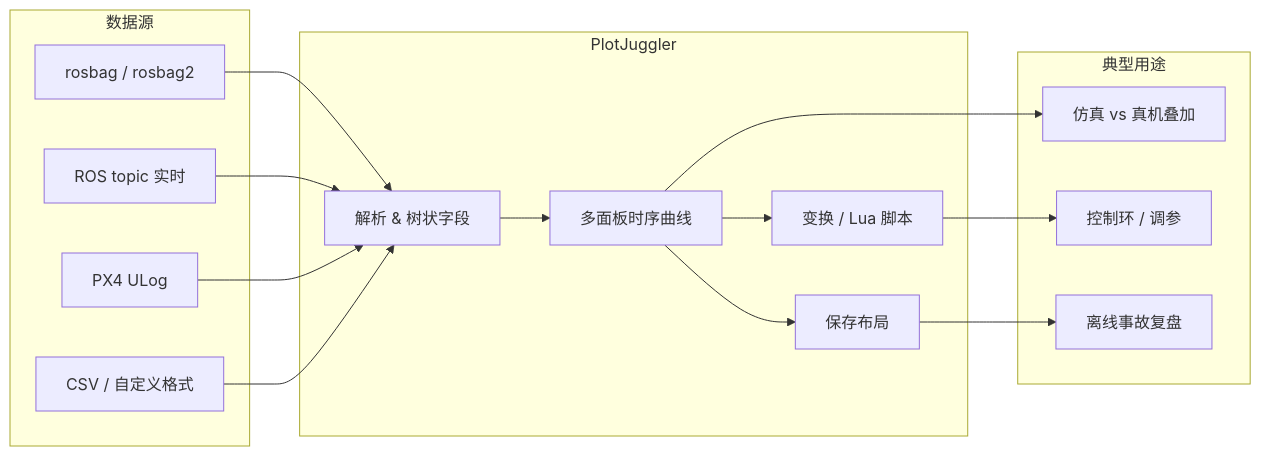
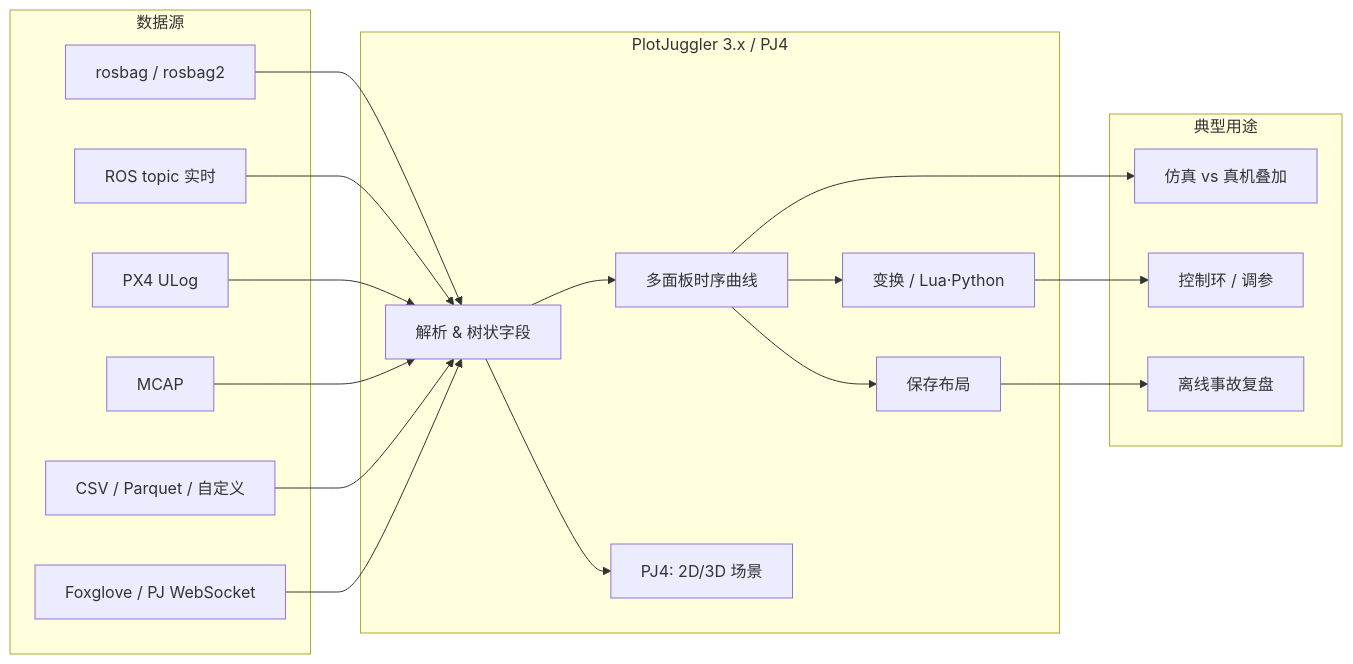
Before and after one commit to ImChong/Robotics_Notebooks: the diagram in wiki/entities/plotjuggler.md, drawn with Mermaid. The commit also changed other lines of this file and 15 other files, not shown here.

Commit message:
[2026-08-10] ingest | sources/repos/plotjuggler.md — 复核 PlotJuggler：接入官方站与 PJ4 beta 并同步全站索引

````diff
--- a/wiki/entities/plotjuggler.md
+++ b/wiki/entities/plotjuggler.md
@@ -75,29 +89,35 @@
 ```mermaid
 flowchart LR
   subgraph sources["数据源"]
     BAG["rosbag / rosbag2"]
     LIVE["ROS topic 实时"]
     ULOG["PX4 ULog"]
-    CSV["CSV / 自定义格式"]
+    MCAP["MCAP"]
+    CSV["CSV / Parquet / 自定义"]
+    WS["Foxglove / PJ WebSocket"]
   end
-  subgraph pj["PlotJuggler"]
+  subgraph pj["PlotJuggler 3.x / PJ4"]
     LOAD["解析 & 树状字段"]
     PLOT["多面板时序曲线"]
-    XFORM["变换 / Lua 脚本"]
+    SCENE["PJ4: 2D/3D 场景"]
+    XFORM["变换 / Lua·Python"]
     LAYOUT["保存布局"]
   end
   subgraph use["典型用途"]
     CMP["仿真 vs 真机叠加"]
     TUNE["控制环 / 调参"]
     POST["离线事故复盘"]
   end
   BAG --> LOAD
   LIVE --> LOAD
   ULOG --> LOAD
+  MCAP --> LOAD
   CSV --> LOAD
+  WS --> LOAD
   LOAD --> PLOT --> XFORM
+  LOAD --> SCENE
   PLOT --> LAYOUT
   PLOT --> CMP
   XFORM --> TUNE
   LAYOUT --> POST
 ```
````
